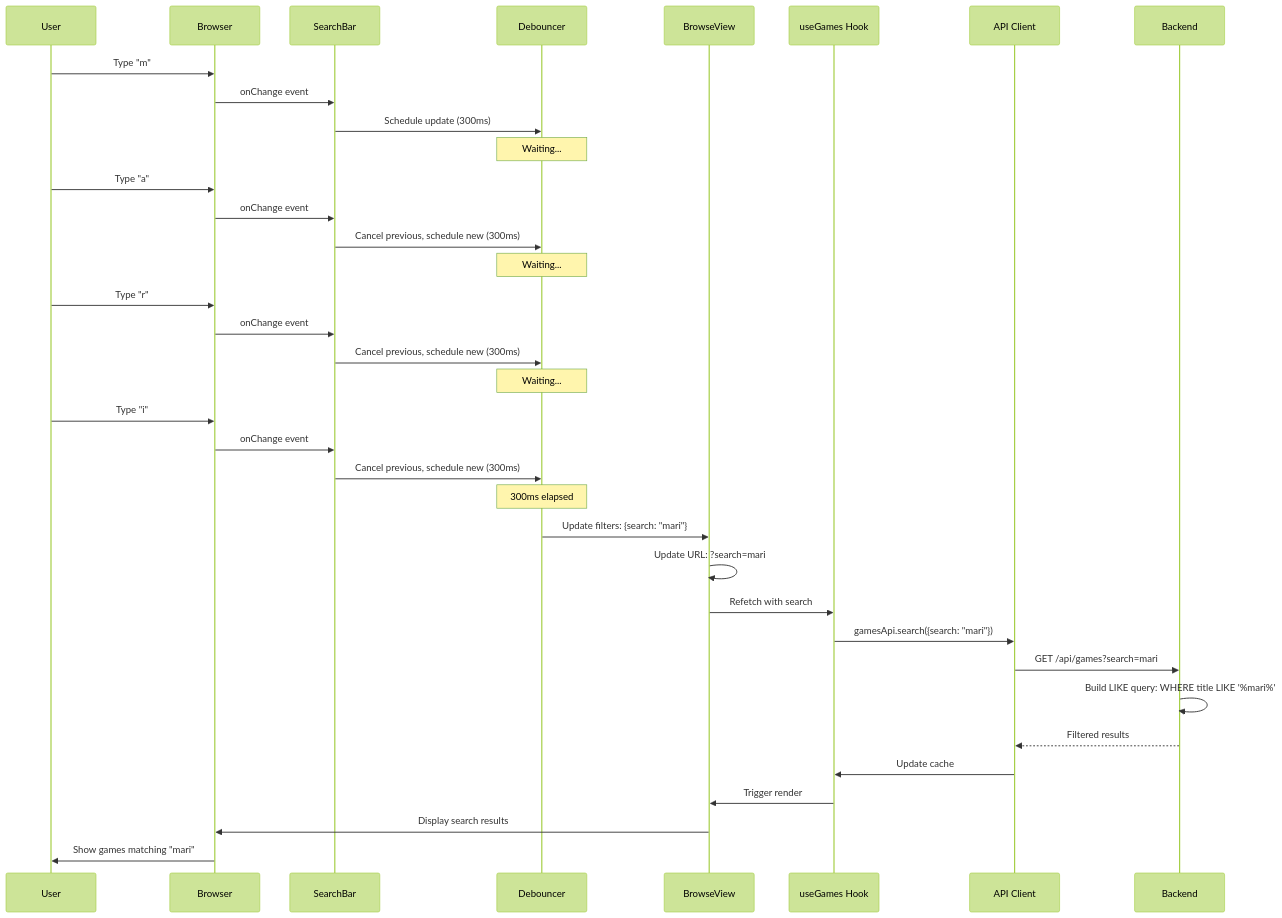
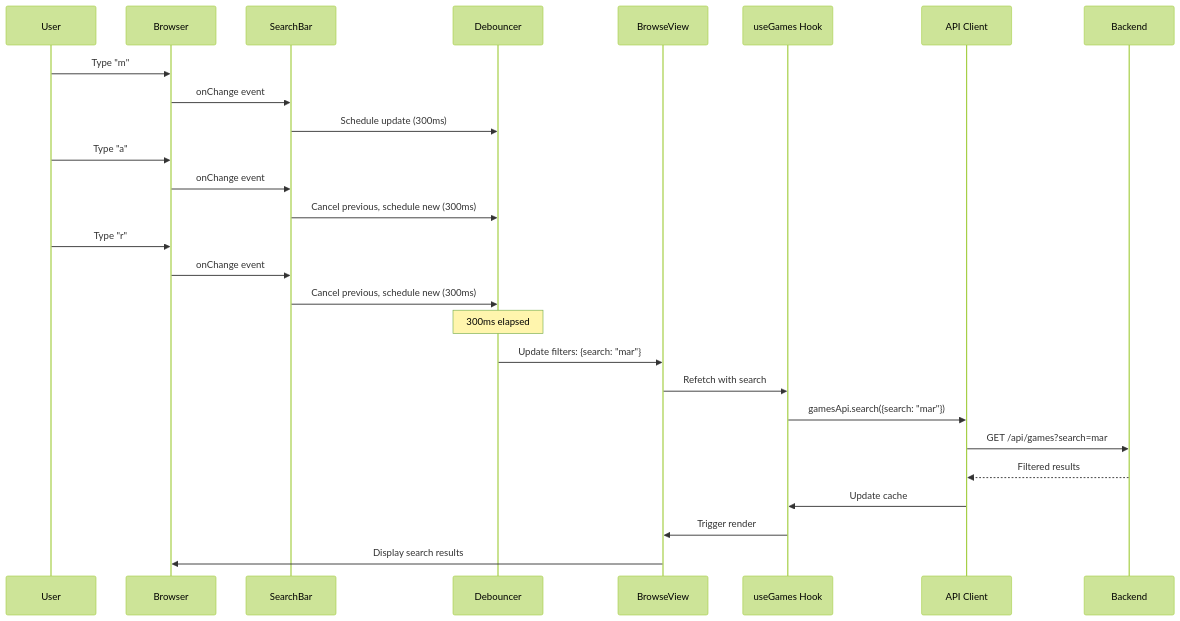
One commit to darkraise/flashpoint-web changed the sixth of 9 diagrams in docs/02-architecture/data-flow-diagrams.md. Above: the diagram before and after it, drawn with Mermaid (forest theme). The commit also changed other lines of this file and 98 other files, not shown here.

````diff
--- a/docs/02-architecture/data-flow-diagrams.md
+++ b/docs/02-architecture/data-flow-diagrams.md
@@ -469,47 +218,34 @@
 ```mermaid
 sequenceDiagram
     participant User
     participant Browser
     participant SearchBar
     participant Debouncer
     participant BrowseView
     participant useGames Hook
     participant API Client
     participant Backend
 
     User->>Browser: Type "m"
     Browser->>SearchBar: onChange event
     SearchBar->>Debouncer: Schedule update (300ms)
 
-    Note over Debouncer: Waiting...
-
     User->>Browser: Type "a"
     Browser->>SearchBar: onChange event
     SearchBar->>Debouncer: Cancel previous, schedule new (300ms)
-
-    Note over Debouncer: Waiting...
 
     User->>Browser: Type "r"
     Browser->>SearchBar: onChange event
     SearchBar->>Debouncer: Cancel previous, schedule new (300ms)
 
-    Note over Debouncer: Waiting...
-
-    User->>Browser: Type "i"
-    Browser->>SearchBar: onChange event
-    SearchBar->>Debouncer: Cancel previous, schedule new (300ms)
-
     Note over Debouncer: 300ms elapsed
 
-    Debouncer->>BrowseView: Update filters: {search: "mari"}
-    BrowseView->>BrowseView: Update URL: ?search=mari
+    Debouncer->>BrowseView: Update filters: {search: "mar"}
     BrowseView->>useGames Hook: Refetch with search
-    useGames Hook->>API Client: gamesApi.search({search: "mari"})
-    API Client->>Backend: GET /api/games?search=mari
-    Backend->>Backend: Build LIKE query: WHERE title LIKE '%mari%'
+    useGames Hook->>API Client: gamesApi.search({search: "mar"})
+    API Client->>Backend: GET /api/games?search=mar
     Backend-->>API Client: Filtered results
     API Client->>useGames Hook: Update cache
     useGames Hook->>BrowseView: Trigger render
     BrowseView->>Browser: Display search results
-    Browser->>User: Show games matching "mari"
 ```
````
